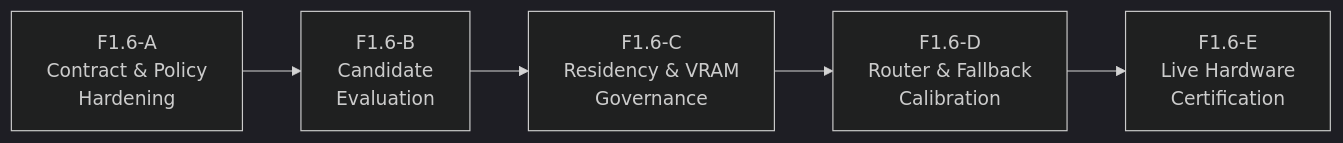
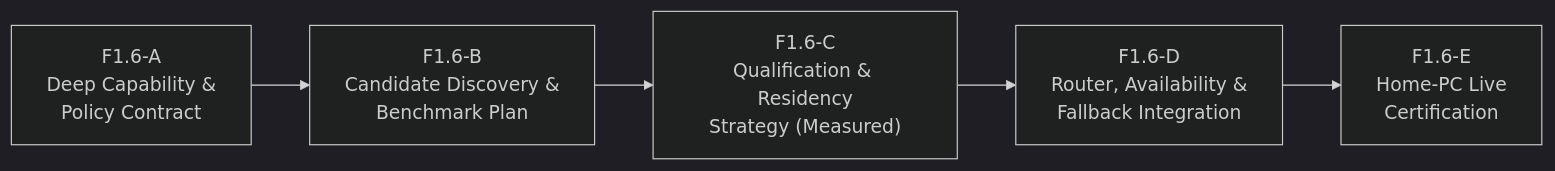
The fourth of 4 diagrams in docs/architecture/MAVE_F1_6_DEEP_BRAIN_ARCHITECTURE_AUDIT.md (Jeff7563/MAVE), drawn with Mermaid (dark theme) before and after one commit. The commit also changed other lines of this file, not shown here.

Commit message:
docs(intelligence): harden deep brain architecture

````diff
--- a/docs/architecture/MAVE_F1_6_DEEP_BRAIN_ARCHITECTURE_AUDIT.md
+++ b/docs/architecture/MAVE_F1_6_DEEP_BRAIN_ARCHITECTURE_AUDIT.md
@@ -302,7 +341,7 @@
 ```mermaid
 flowchart LR
-    S_A["F1.6-A<br/>Contract & Policy<br/>Hardening"] --> S_B["F1.6-B<br/>Candidate<br/>Evaluation"]
-    S_B --> S_C["F1.6-C<br/>Residency & VRAM<br/>Governance"]
-    S_C --> S_D["F1.6-D<br/>Router & Fallback<br/>Calibration"]
-    S_D --> S_E["F1.6-E<br/>Live Hardware<br/>Certification"]
+    S_A["F1.6-A<br/>Deep Capability &<br/>Policy Contract"] --> S_B["F1.6-B<br/>Candidate Discovery &<br/>Benchmark Plan"]
+    S_B --> S_C["F1.6-C<br/>Qualification & Residency<br/>Strategy (Measured)"]
+    S_C --> S_D["F1.6-D<br/>Router, Availability &<br/>Fallback Integration"]
+    S_D --> S_E["F1.6-E<br/>Home-PC Live<br/>Certification"]
 ```
````
